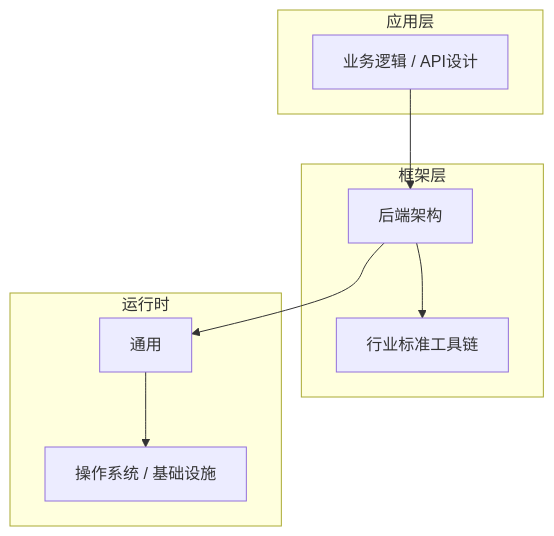
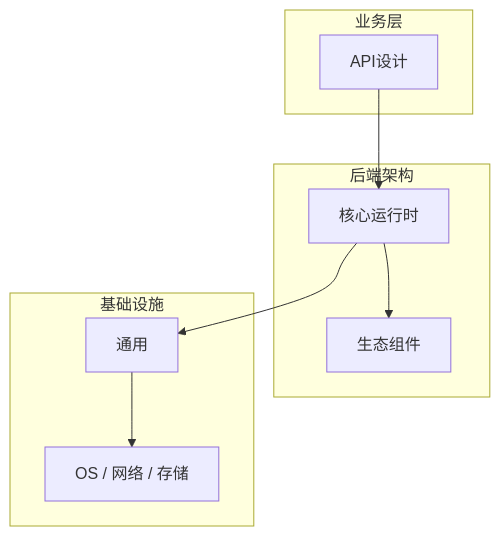
The diagram in articles/后端架构/chapters/058-API设计核心概念与原理.md (yanggan2015/knowledge-json-v2), drawn with Mermaid before and after one commit. The commit also changed other lines of this file and 10127 other files, not shown here.

````diff
--- a/articles/后端架构/chapters/058-API设计核心概念与原理.md
+++ b/articles/后端架构/chapters/058-API设计核心概念与原理.md
@@ -45,18 +34,18 @@
 ```mermaid
 graph TB
-    subgraph 应用层
-        A[业务逻辑 / API设计]
+    subgraph 业务层
+        A[API设计]
     end
-    subgraph 框架层
-        B[后端架构]
-        C[行业标准工具链]
+    subgraph 后端架构
+        B[核心运行时]
+        C[生态组件]
     end
-    subgraph 运行时
+    subgraph 基础设施
         D[通用]
-        E[操作系统 / 基础设施]
+        E[OS / 网络 / 存储]
     end
     A --> B
     B --> C
     B --> D
     D --> E
 ```
````
